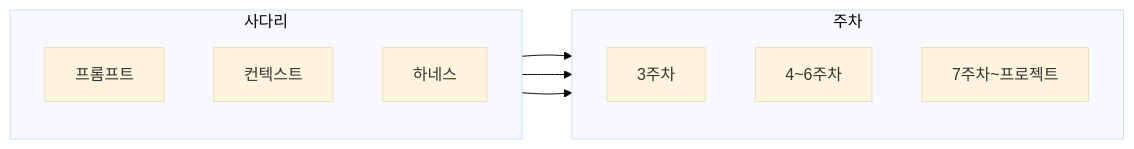
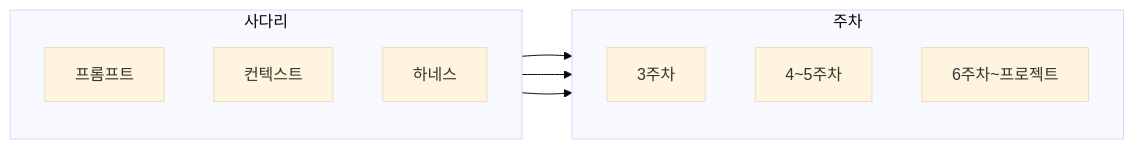
The eighth of 19 diagrams in site/src/content/courses/ko/session-01.mdx (2026-ai-service-engineering-a/ai_service_engineering-track_a), drawn with Mermaid (base theme) before and after one commit. The commit also changed other lines of this file and 5 other files, not shown here.

````diff
--- a/site/src/content/courses/ko/session-01.mdx
+++ b/site/src/content/courses/ko/session-01.mdx
@@ -297,18 +297,18 @@
 ```mermaid
 flowchart LR
     subgraph ladder["사다리"]
         direction TB
         P["프롬프트"]
         C["컨텍스트"]
         H["하네스"]
     end
     subgraph weeks["주차"]
         direction TB
         WP["3주차"]
-        WC["4~6주차"]
-        WH["7주차~프로젝트"]
+        WC["4~5주차"]
+        WH["6주차~프로젝트"]
     end
     P --> WP
     C --> WC
     H --> WH
 ```
````
